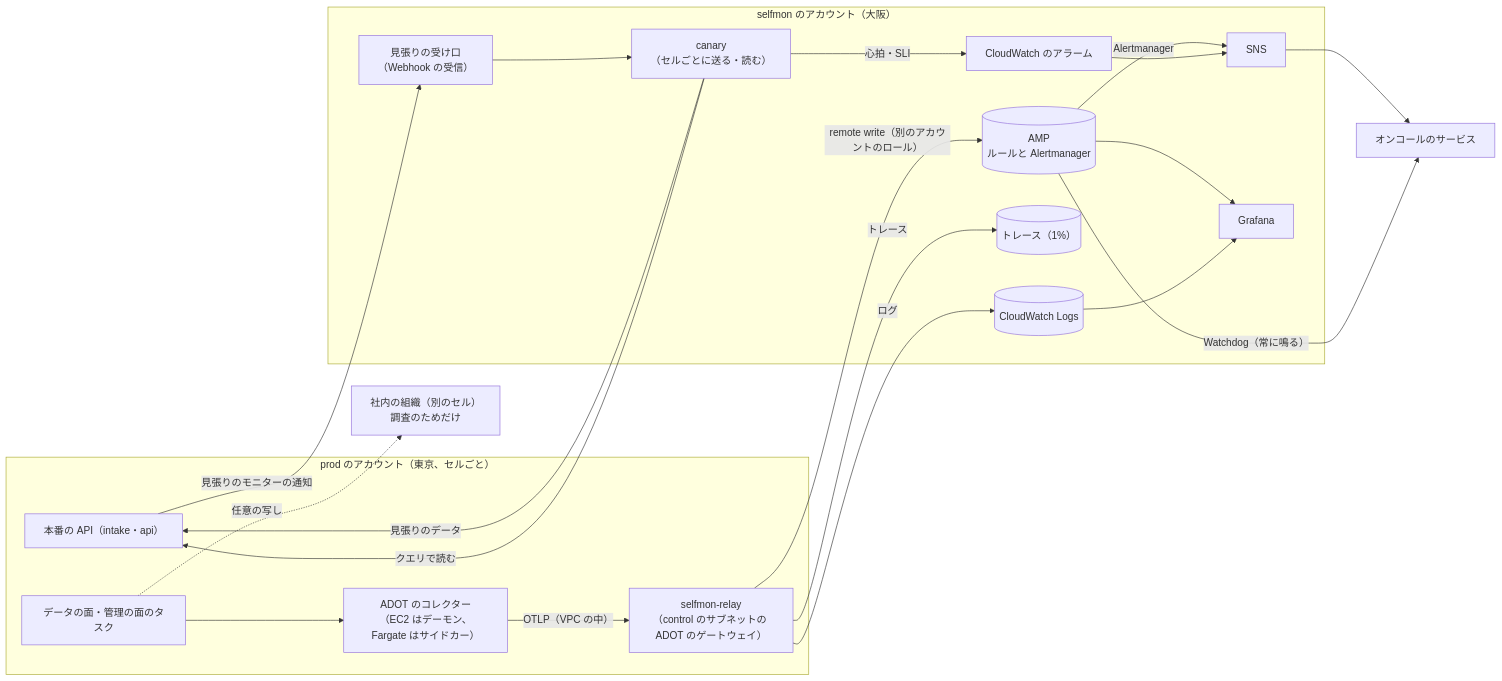
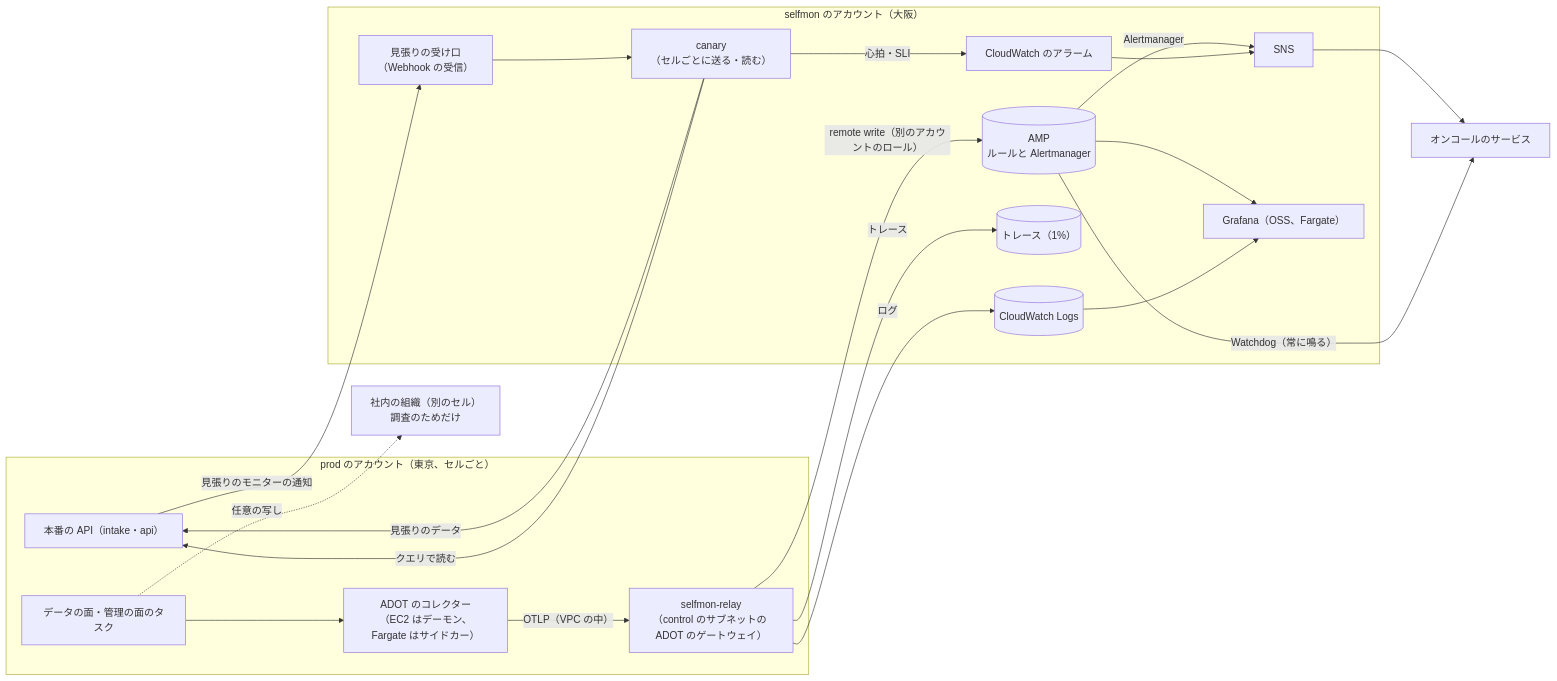
One commit to shoito/rebuilds changed the diagram in systems/datadog/docs/architecture/observability.md. Above: the diagram before and after it, drawn with Mermaid. The commit also changed other lines of this file and 41 other files, not shown here.

````diff
--- a/systems/datadog/docs/architecture/observability.md
+++ b/systems/datadog/docs/architecture/observability.md
@@ -14,39 +14,39 @@
 ```mermaid
 flowchart LR
     subgraph prod["prod のアカウント（東京、セルごと）"]
         svc["データの面・管理の面のタスク"]
         adot["ADOT のコレクター<br/>（EC2 はデーモン、Fargate はサイドカー）"]
         relay["selfmon-relay<br/>（control のサブネットの ADOT のゲートウェイ）"]
         api["本番の API（intake・api）"]
     end
     subgraph selfmon["selfmon のアカウント（大阪）"]
         amp[("AMP<br/>ルールと Alertmanager")]
         cwl[("CloudWatch Logs")]
         xr[("トレース（1%）")]
         cw["CloudWatch のアラーム"]
         sns["SNS"]
-        graf["Grafana"]
+        graf["Grafana（OSS、Fargate）"]
         canary["canary<br/>（セルごとに送る・読む）"]
         rx["見張りの受け口<br/>（Webhook の受信）"]
     end
     pager["オンコールのサービス"]
     dog["社内の組織（別のセル）<br/>調査のためだけ"]
 
     svc --> adot
     adot -->|"OTLP（VPC の中）"| relay
     relay -->|"remote write（別のアカウントのロール）"| amp
     relay -->|"ログ"| cwl
     relay -->|"トレース"| xr
     amp -->|"Alertmanager"| sns
     canary -->|"見張りのデータ"| api
     canary -->|"クエリで読む"| api
     api -->|"見張りのモニターの通知"| rx
     rx --> canary
     canary -->|"心拍・SLI"| cw
     cw --> sns
     sns --> pager
     amp -->|"Watchdog（常に鳴る）"| pager
     amp --> graf
     cwl --> graf
     svc -.->|"任意の写し"| dog
 ```
````
